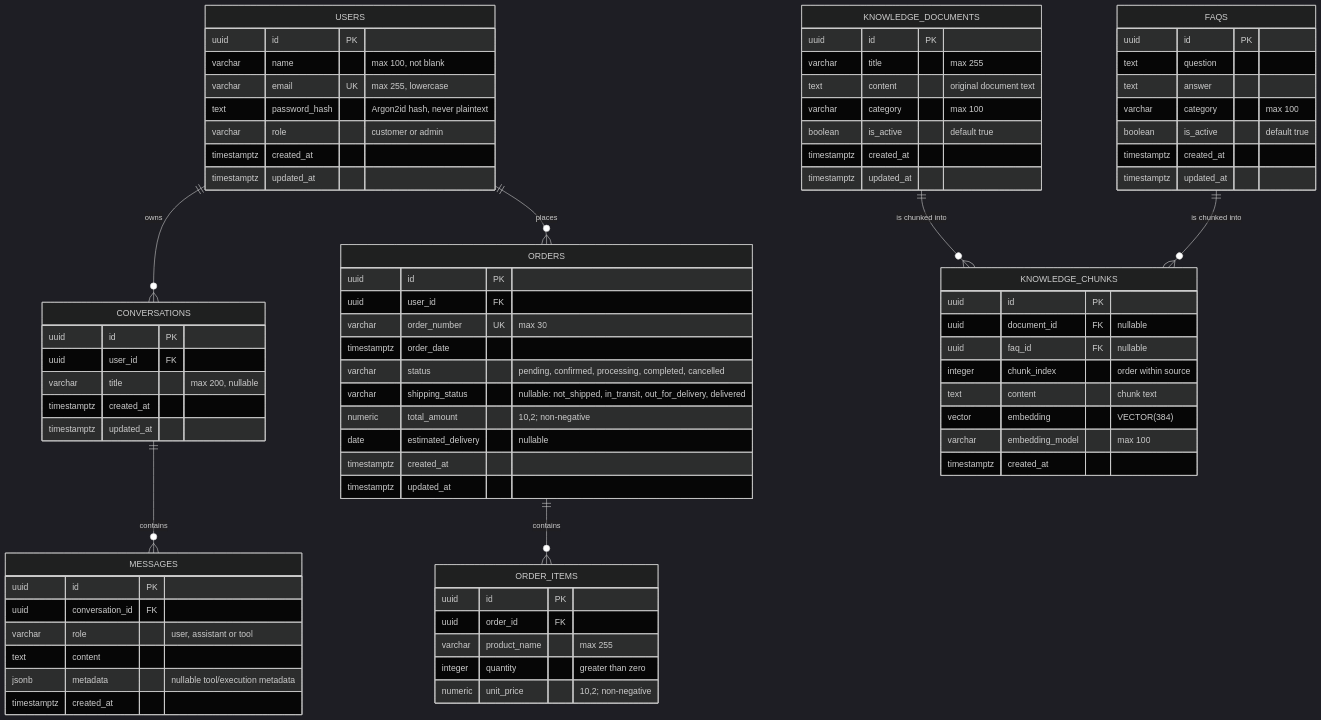
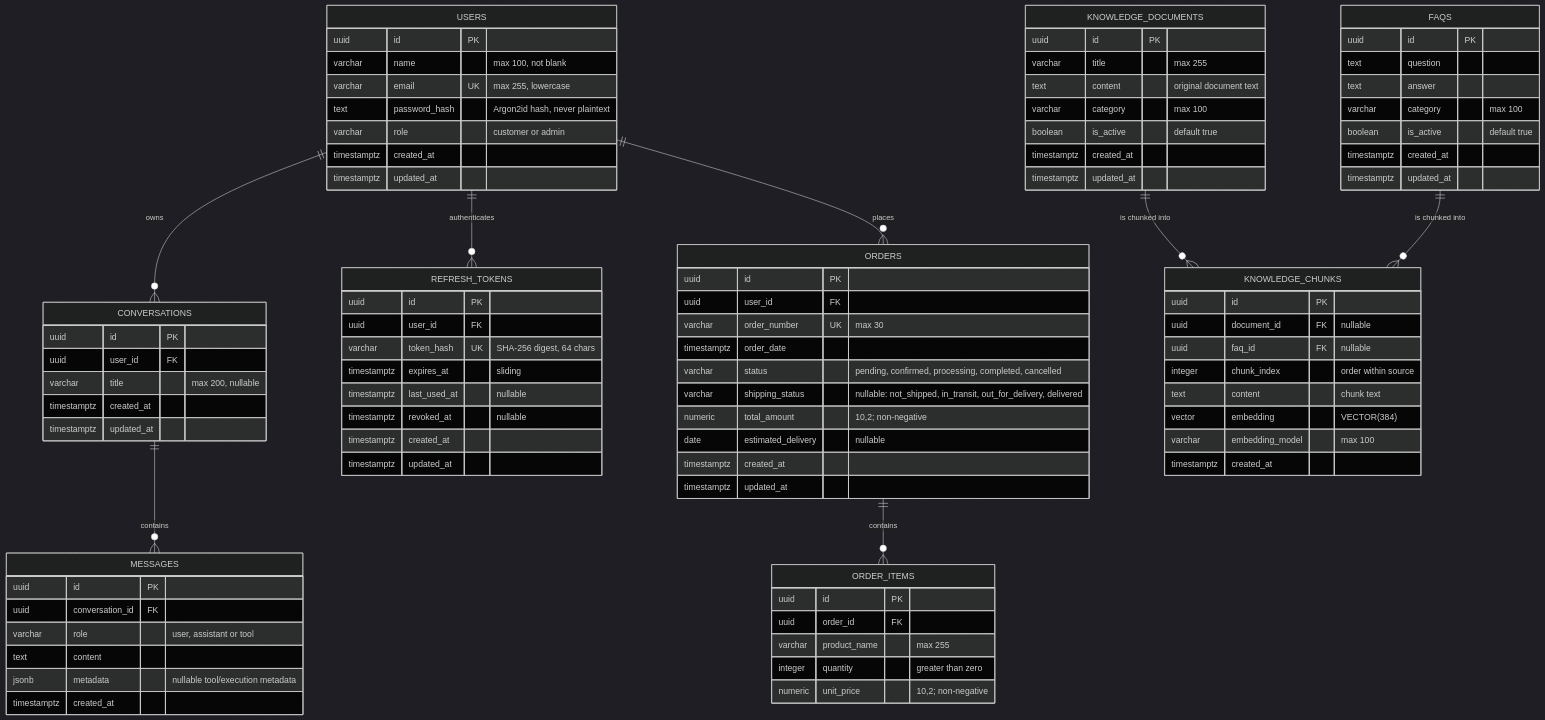
Before and after one commit to Sajjad-Ahmed02/Resolvix: the diagram in docs/database-design.md, drawn with Mermaid (dark theme). The commit also changed other lines of this file and 2 other files, not shown here.

````diff
--- a/docs/database-design.md
+++ b/docs/database-design.md
@@ -32,6 +32,7 @@
 ```mermaid
 erDiagram
     USERS ||--o{ CONVERSATIONS : owns
+    USERS ||--o{ REFRESH_TOKENS : authenticates
     USERS ||--o{ ORDERS : places
     CONVERSATIONS ||--o{ MESSAGES : contains
     ORDERS ||--o{ ORDER_ITEMS : contains
@@ -44,6 +45,17 @@
         varchar email UK "max 255, lowercase"
         text password_hash "Argon2id hash, never plaintext"
         varchar role "customer or admin"
+        timestamptz created_at
+        timestamptz updated_at
+    }
+
+    REFRESH_TOKENS {
+        uuid id PK
+        uuid user_id FK
+        varchar token_hash UK "SHA-256 digest, 64 chars"
+        timestamptz expires_at "sliding"
+        timestamptz last_used_at "nullable"
+        timestamptz revoked_at "nullable"
         timestamptz created_at
         timestamptz updated_at
     }
````
